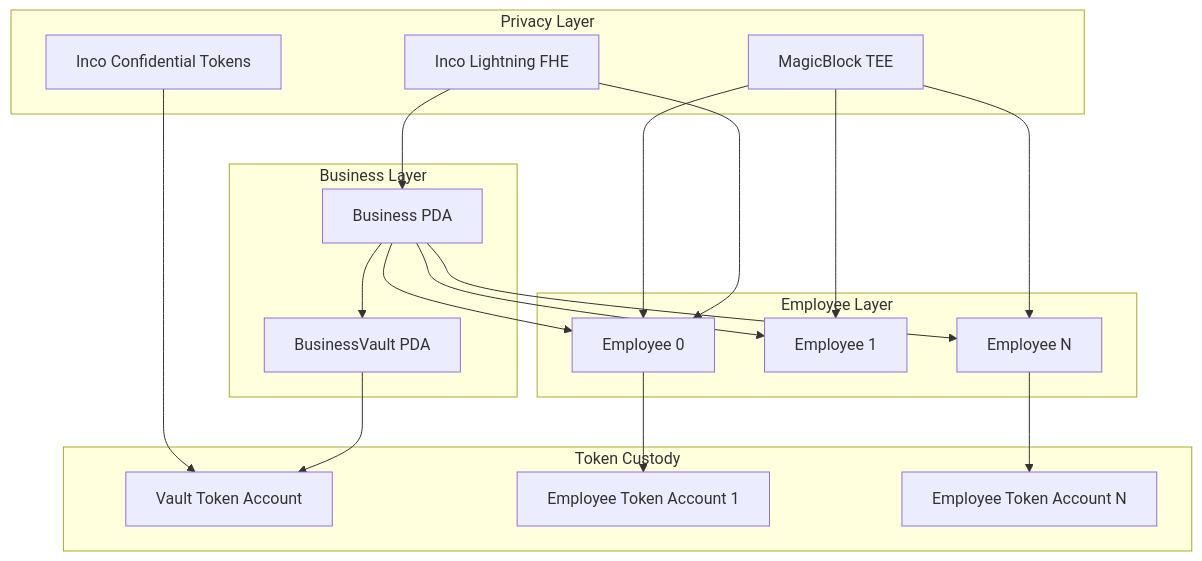
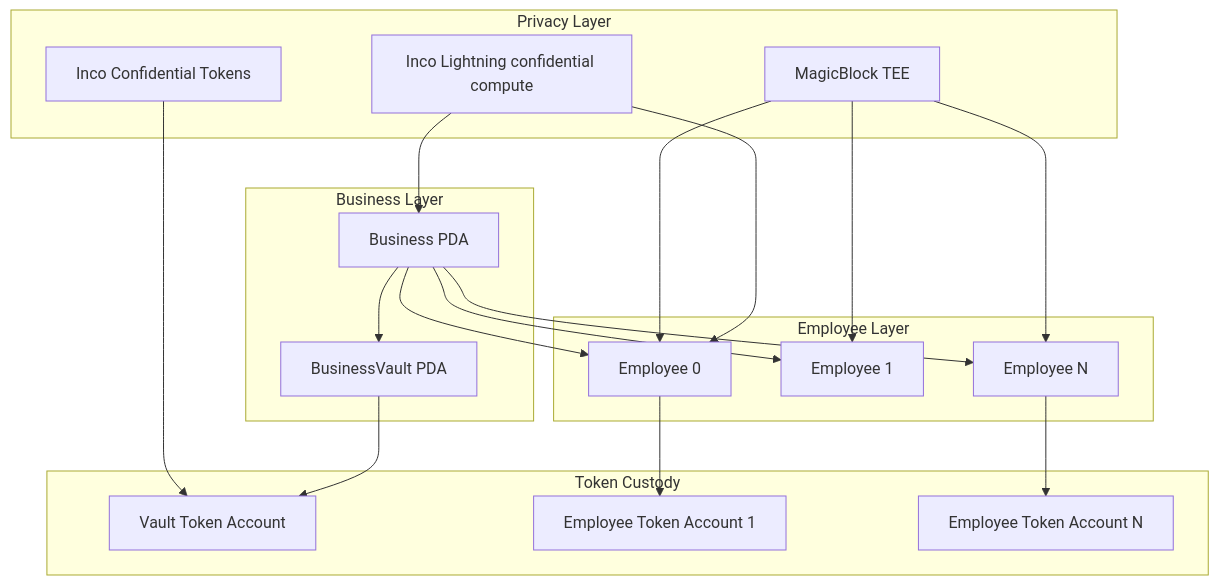
The diagram in docs-site/docs/payroll-program/overview.md (ConejoCapital/Bagel), drawn with Mermaid before and after one commit. The commit also changed other lines of this file and 46 other files, not shown here.

First line of the commit message:
fix: replace FHE/homomorphic lingo with "Inco confidential compute"

````diff
--- a/docs-site/docs/payroll-program/overview.md
+++ b/docs-site/docs/payroll-program/overview.md
@@ -29,41 +29,41 @@
 ```mermaid
 graph TB
     subgraph Business["Business Layer"]
         B[Business PDA]
         BV[BusinessVault PDA]
     end
 
     subgraph Employees["Employee Layer"]
         E1[Employee 0]
         E2[Employee 1]
         E3[Employee N]
     end
 
     subgraph Privacy["Privacy Layer"]
-        IL[Inco Lightning FHE]
+        IL[Inco Lightning confidential compute]
         IT[Inco Confidential Tokens]
         MB[MagicBlock TEE]
     end
 
     subgraph Token["Token Custody"]
         VTA[Vault Token Account]
         ETA1[Employee Token Account 1]
         ETA2[Employee Token Account N]
     end
 
     B --> BV
     B --> E1
     B --> E2
     B --> E3
 
     BV --> VTA
     E1 --> ETA1
     E3 --> ETA2
 
     IL --> B
     IL --> E1
     IT --> VTA
     MB --> E1
     MB --> E2
     MB --> E3
 ```
````
